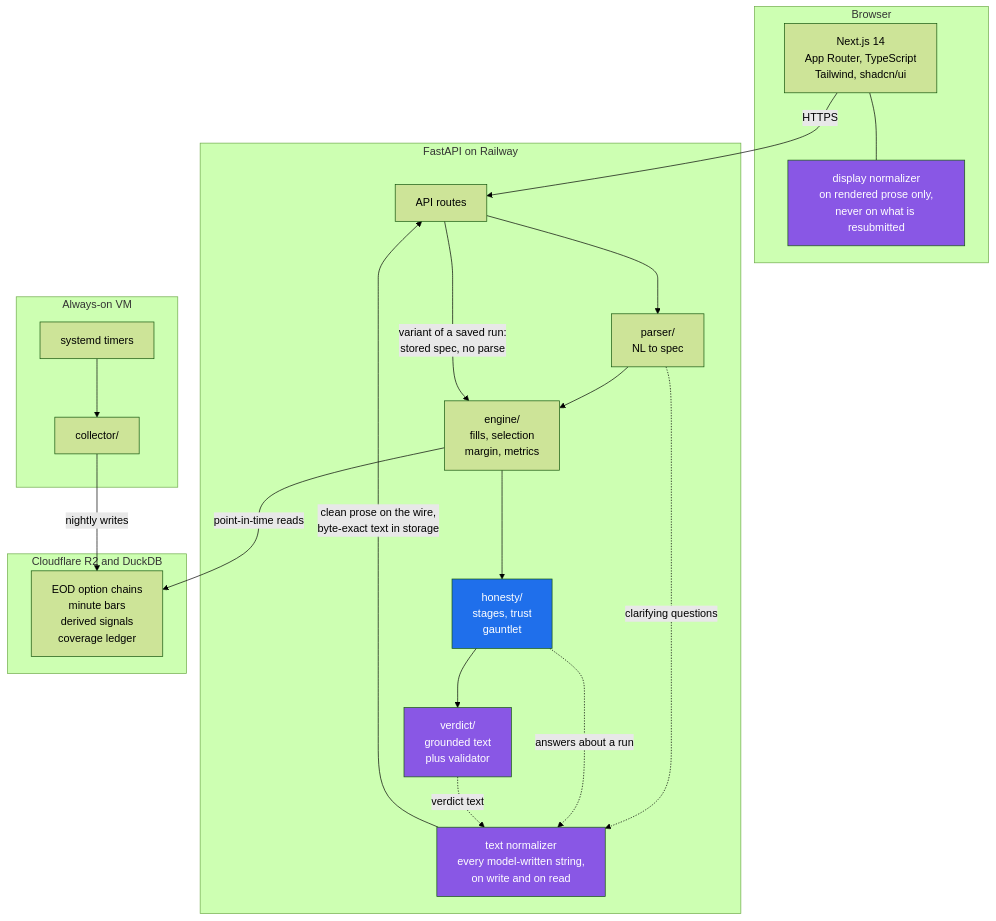
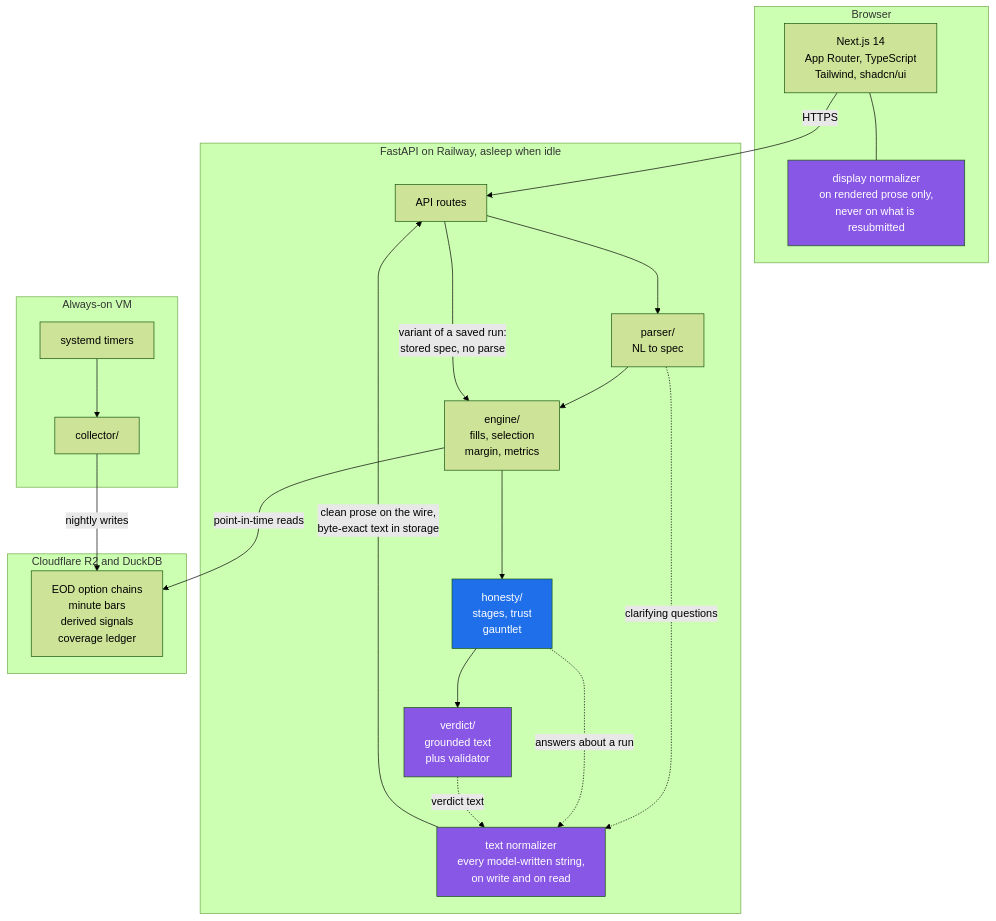
One commit to sahilsapra391/skeptic changed the third of 5 diagrams in README.md. Above: the diagram before and after it, drawn with Mermaid (forest theme). The commit also changed other lines of this file and 20 other files, not shown here.

````diff
--- a/README.md
+++ b/README.md
@@ -143,45 +143,45 @@
 ```mermaid
 flowchart TB
     subgraph browser["Browser"]
         FE["Next.js 14<br/>App Router, TypeScript<br/>Tailwind, shadcn/ui"]
         FNORM["display normalizer<br/>on rendered prose only,<br/>never on what is resubmitted"]
         FE --- FNORM
     end
 
-    subgraph railway["FastAPI on Railway"]
+    subgraph railway["FastAPI on Railway, asleep when idle"]
         API["API routes"]
         PARSE["parser/<br/>NL to spec"]
         ENG["engine/<br/>fills, selection<br/>margin, metrics"]
         HON["honesty/<br/>stages, trust<br/>gauntlet"]
         VER["verdict/<br/>grounded text<br/>plus validator"]
         NORM["text normalizer<br/>every model-written string,<br/>on write and on read"]
     end
 
     subgraph store["Cloudflare R2 and DuckDB"]
         LAKE["EOD option chains<br/>minute bars<br/>derived signals<br/>coverage ledger"]
     end
 
     subgraph vm["Always-on VM"]
         TIMERS["systemd timers"]
         COLL["collector/"]
     end
 
     FE -->|"HTTPS"| API
     API --> PARSE
     PARSE --> ENG
     API -->|"variant of a saved run:<br/>stored spec, no parse"| ENG
     ENG --> HON
     HON --> VER
     ENG -->|"point-in-time reads"| LAKE
     TIMERS --> COLL
     COLL -->|"nightly writes"| LAKE
     PARSE -.->|"clarifying questions"| NORM
     HON -.->|"answers about a run"| NORM
     VER -.->|"verdict text"| NORM
     NORM -->|"clean prose on the wire,<br/>byte-exact text in storage"| API
 
     style HON fill:#1f6feb,color:#fff
     style VER fill:#8957e5,color:#fff
     style NORM fill:#8957e5,color:#fff
     style FNORM fill:#8957e5,color:#fff
 ```
````
